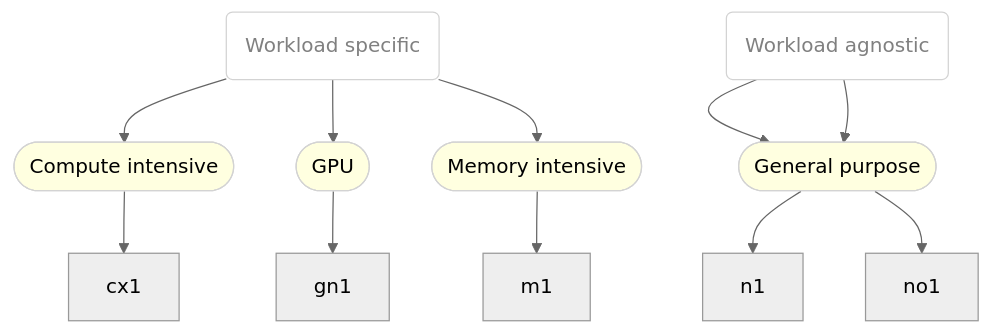
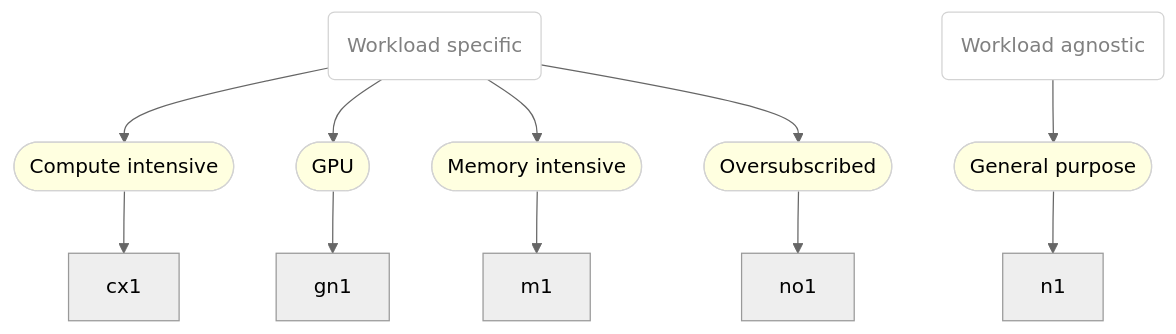
One commit to fabiand/instanceTypes changed the diagram in README.md. Above: the diagram before and after it, drawn with Mermaid (neutral theme). The commit also changed 1 other file, not shown here.

Commit message:
New class for no1

````diff
--- a/README.md
+++ b/README.md
@@ -30,28 +30,28 @@
 ```mermaid
 graph TD
 
 classDef grp fill:white,stroke:lightgray,color:gray
 classDef series fill:lightyellow,stroke:lightgray
 classDef instancetype fill:
 
 wrkld(Workload specific)
 nwrkld(Workload agnostic)
 class wrkld grp
 
 wrkld:::grp --> Computeintensive:::series
 Computeintensive([Compute intensive]):::series --> cx1:::instancetype
 
 wrkld:::grp --> GPU:::series
 GPU([GPU]):::series --> gn1:::instancetype
 
 wrkld:::grp --> Memoryintensive:::series
 Memoryintensive([Memory intensive]):::series --> m1:::instancetype
 
 nwrkld:::grp --> Generalpurpose:::series
 Generalpurpose([General purpose]):::series --> n1:::instancetype
 
-nwrkld:::grp --> Generalpurpose:::series
-Generalpurpose([General purpose]):::series --> no1:::instancetype
+wrkld:::grp --> Oversubscribed:::series
+Oversubscribed([Oversubscribed]):::series --> no1:::instancetype
 
 
 ```
````
